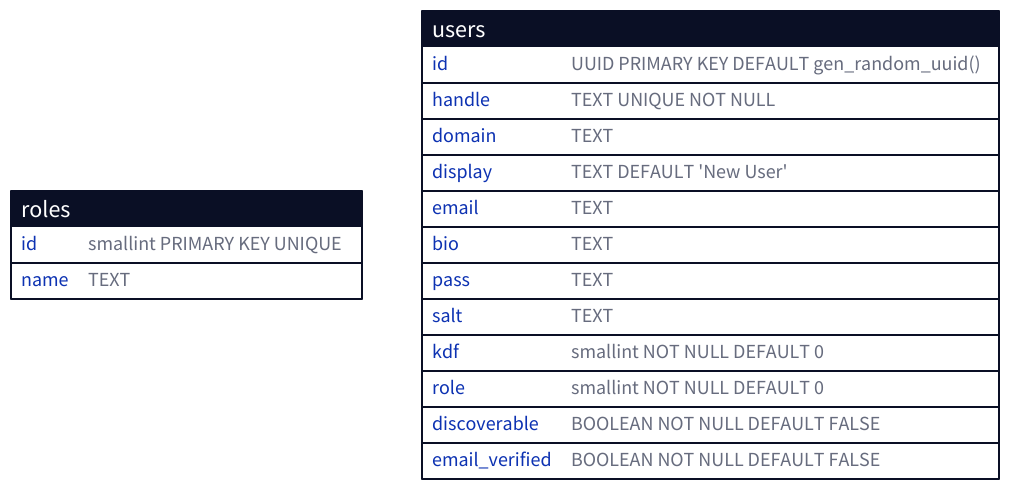
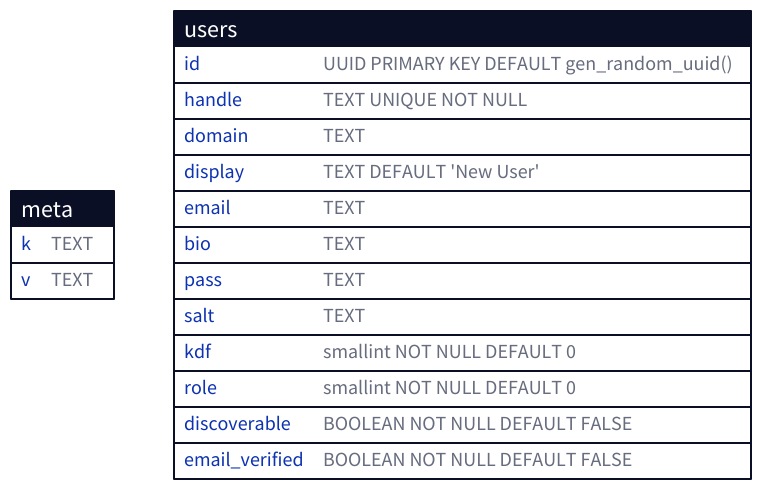
The diagram in docs/new.d2 (penguinite/pothole), drawn with D2 before and after one commit. The commit also changed 2 other files, not shown here.

```diff
--- a/docs/new.d2
+++ b/docs/new.d2
@@ -1,23 +1,23 @@
-roles: {
+meta: {
   shape: sql_table
-  id: smallint PRIMARY KEY UNIQUE
-  name: TEXT
+  k: TEXT
+  v: TEXT
 }
 
 users: {
   shape: sql_table
 
   id: UUID PRIMARY KEY DEFAULT gen_random_uuid()
   
   handle: TEXT UNIQUE NOT NULL
   domain: TEXT
   display: TEXT DEFAULT 'New User'
   email: TEXT
   bio: TEXT
   pass: TEXT
   salt: TEXT
   kdf: smallint NOT NULL DEFAULT 0
   role: smallint NOT NULL DEFAULT 0
   discoverable: BOOLEAN NOT NULL DEFAULT FALSE
   email_verified: BOOLEAN NOT NULL DEFAULT FALSE
 }
```
